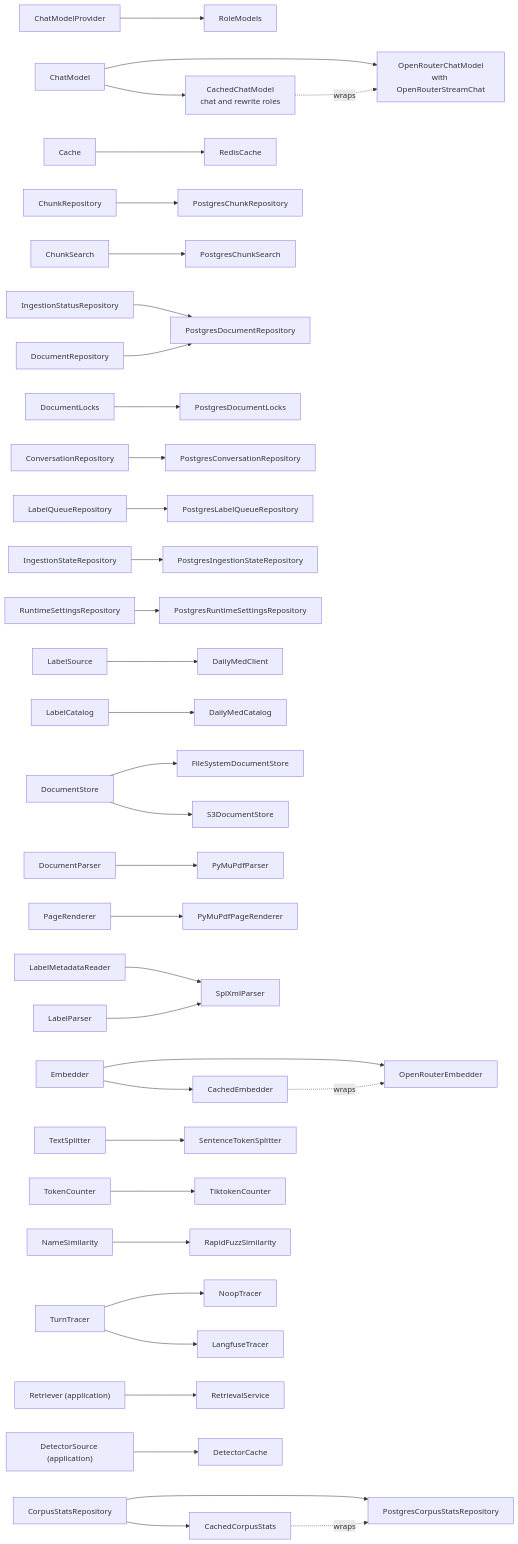
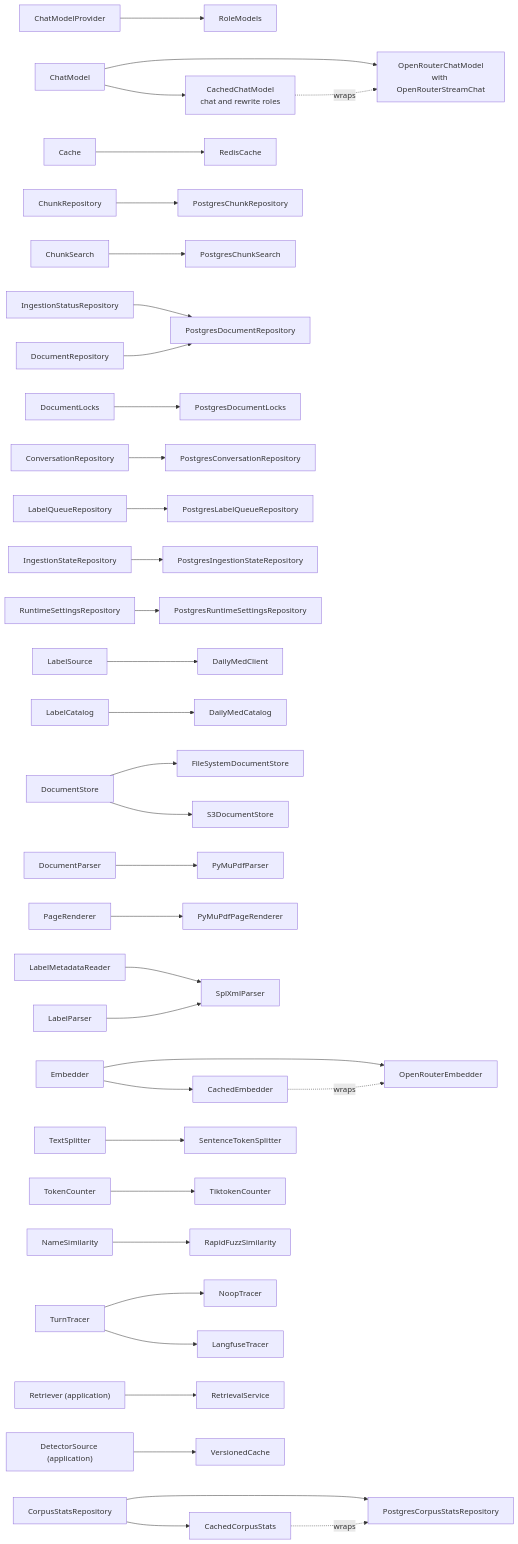
Before and after one commit to G-MAKROGLOU/docuchat: the second of 2 diagrams in docs/diagrams/backend-layers.md, drawn with Mermaid. The commit also changed other lines of this file and 8 other files, not shown here.

First line of the commit message:
refactor(backend): move the versioned cache to a neutral module and inject it

````diff
--- a/docs/diagrams/backend-layers.md
+++ b/docs/diagrams/backend-layers.md
@@ -100,38 +100,38 @@
 ```mermaid
 flowchart LR
     ChatModelProvider --> RoleModels
     ChatModel --> CachedChatModel["CachedChatModel<br/>chat and rewrite roles"]
     ChatModel --> OpenRouterChatModel["OpenRouterChatModel<br/>with OpenRouterStreamChat"]
     CachedChatModel -.->|wraps| OpenRouterChatModel
     Embedder --> CachedEmbedder
     Embedder --> OpenRouterEmbedder
     CachedEmbedder -.->|wraps| OpenRouterEmbedder
     Cache --> RedisCache
     ChunkRepository --> PostgresChunkRepository
     ChunkSearch --> PostgresChunkSearch
     DocumentRepository --> PostgresDocumentRepository
     IngestionStatusRepository --> PostgresDocumentRepository
     DocumentLocks --> PostgresDocumentLocks
     ConversationRepository --> PostgresConversationRepository
     LabelQueueRepository --> PostgresLabelQueueRepository
     IngestionStateRepository --> PostgresIngestionStateRepository
     RuntimeSettingsRepository --> PostgresRuntimeSettingsRepository
     CorpusStatsRepository --> CachedCorpusStats
     CorpusStatsRepository --> PostgresCorpusStatsRepository
     CachedCorpusStats -.->|wraps| PostgresCorpusStatsRepository
     LabelSource --> DailyMedClient
     LabelCatalog --> DailyMedCatalog
     DocumentStore --> S3DocumentStore
     DocumentStore --> FileSystemDocumentStore
     DocumentParser --> PyMuPdfParser
     PageRenderer --> PyMuPdfPageRenderer
     LabelParser --> SplXmlParser
     LabelMetadataReader --> SplXmlParser
     TextSplitter --> SentenceTokenSplitter
     TokenCounter --> TiktokenCounter
     NameSimilarity --> RapidFuzzSimilarity
     TurnTracer --> LangfuseTracer
     TurnTracer --> NoopTracer
     Retriever["Retriever (application)"] --> RetrievalService
-    DetectorSource["DetectorSource (application)"] --> DetectorCache
+    DetectorSource["DetectorSource (application)"] --> VersionedCache
 ```
````
